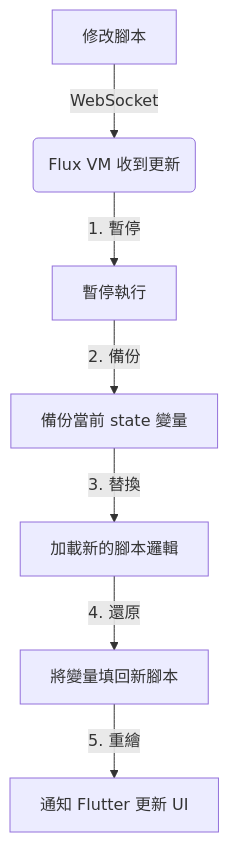
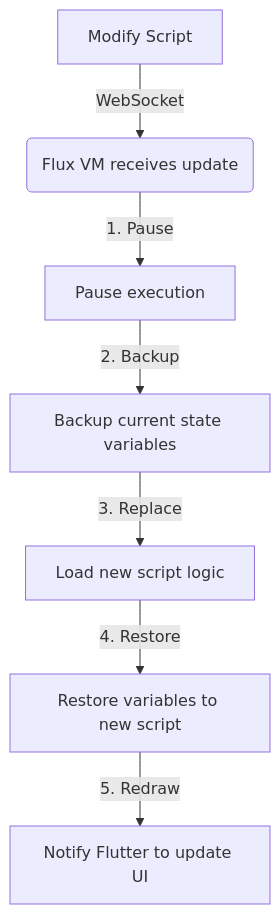
One commit to ImL1s/flux changed the diagram in docs/flutter_integration.md. Above: the diagram before and after it, drawn with Mermaid. The commit also changed other lines of this file and 52 other files, not shown here.

````diff
--- a/docs/flutter_integration.md
+++ b/docs/flutter_integration.md
@@ -290,9 +262,9 @@
 ```mermaid
 graph TD
-    A[修改腳本] -->|WebSocket| B(Flux VM 收到更新)
-    B -->|1. 暫停| C[暫停執行]
-    C -->|2. 備份| D[備份當前 state 變量]
-    D -->|3. 替換| E[加載新的腳本邏輯]
-    E -->|4. 還原| F[將變量填回新腳本]
-    F -->|5. 重繪| G[通知 Flutter 更新 UI]
+    A[Modify Script] -->|WebSocket| B(Flux VM receives update)
+    B -->|1. Pause| C[Pause execution]
+    C -->|2. Backup| D[Backup current state variables]
+    D -->|3. Replace| E[Load new script logic]
+    E -->|4. Restore| F[Restore variables to new script]
+    F -->|5. Redraw| G[Notify Flutter to update UI]
 ```
````
